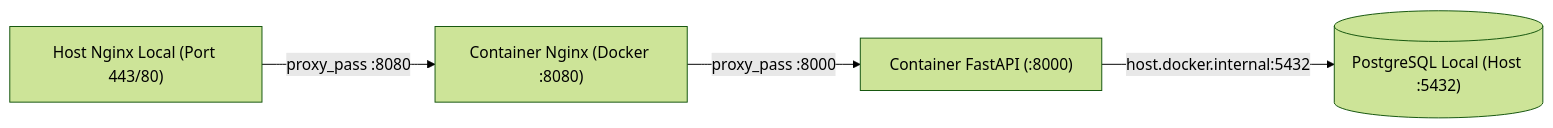
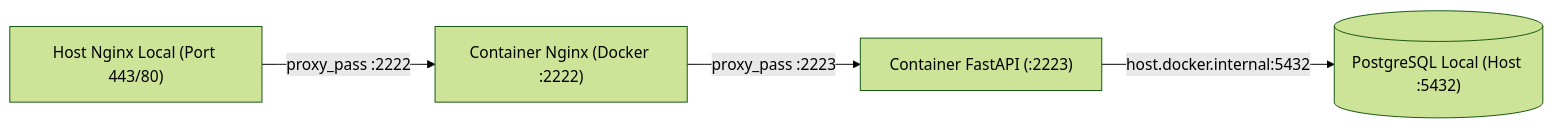
The third of 3 diagrams in README.md (maithedong92/naman_merchant_portal), drawn with Mermaid (forest theme) before and after one commit. The commit also changed other lines of this file and 7 other files, not shown here.

````diff
--- a/README.md
+++ b/README.md
@@ -277,6 +287,6 @@
 ```mermaid
 flowchart LR
-    A["Host Nginx Local (Port 443/80)"] -->|proxy_pass :8080| B["Container Nginx (Docker :8080)"]
-    B -->|proxy_pass :8000| C["Container FastAPI (:8000)"]
+    A["Host Nginx Local (Port 443/80)"] -->|proxy_pass :2222| B["Container Nginx (Docker :2222)"]
+    B -->|proxy_pass :2223| C["Container FastAPI (:2223)"]
     C -->|host.docker.internal:5432| D[("PostgreSQL Local (Host :5432)")]
 ```
````
